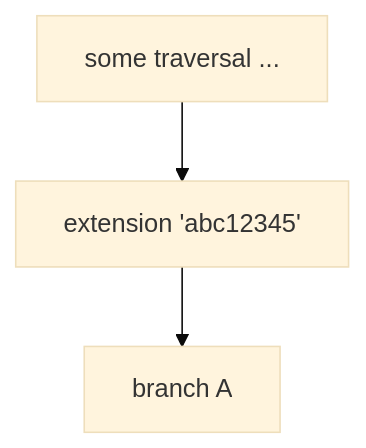
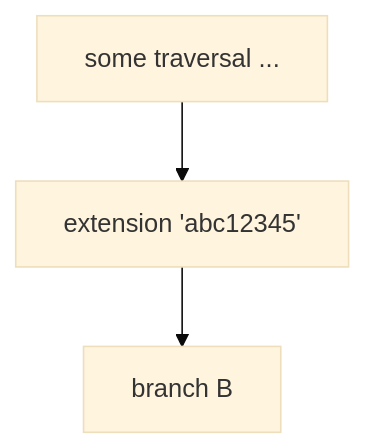
Before and after one commit to perama-v/archors: the eighth of 18 diagrams in crates/multiproof/README.md, drawn with Mermaid (base theme). The commit also changed other lines of this file, not shown here.

````diff
--- a/crates/multiproof/README.md
+++ b/crates/multiproof/README.md
@@ -217,4 +217,4 @@
 ```mermaid
 flowchart TD
-    A[some traversal ...] --> B[extension 'abc12345'] --> F[branch A]
+    A[some traversal ...] --> B[extension 'abc12345'] --> F[branch B]
 ```
````
